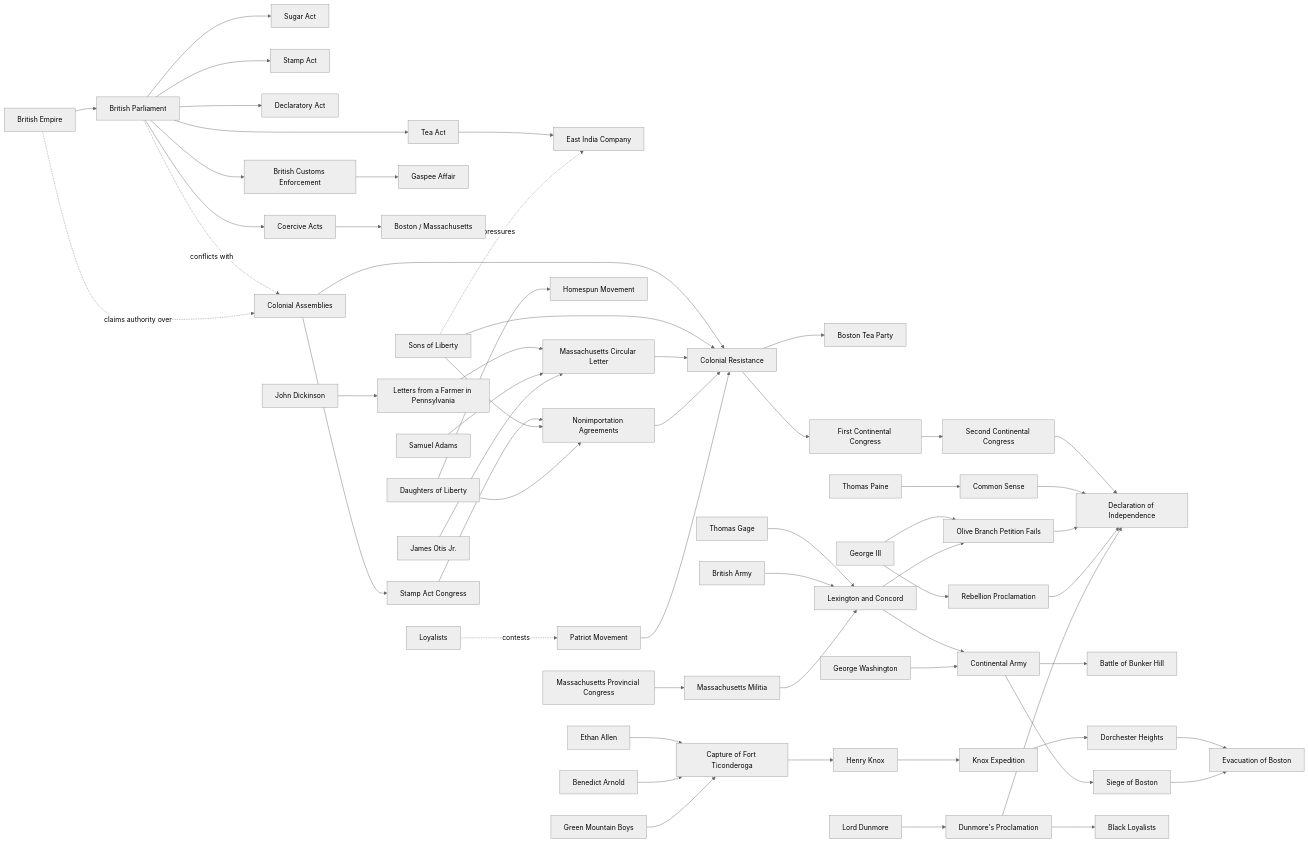
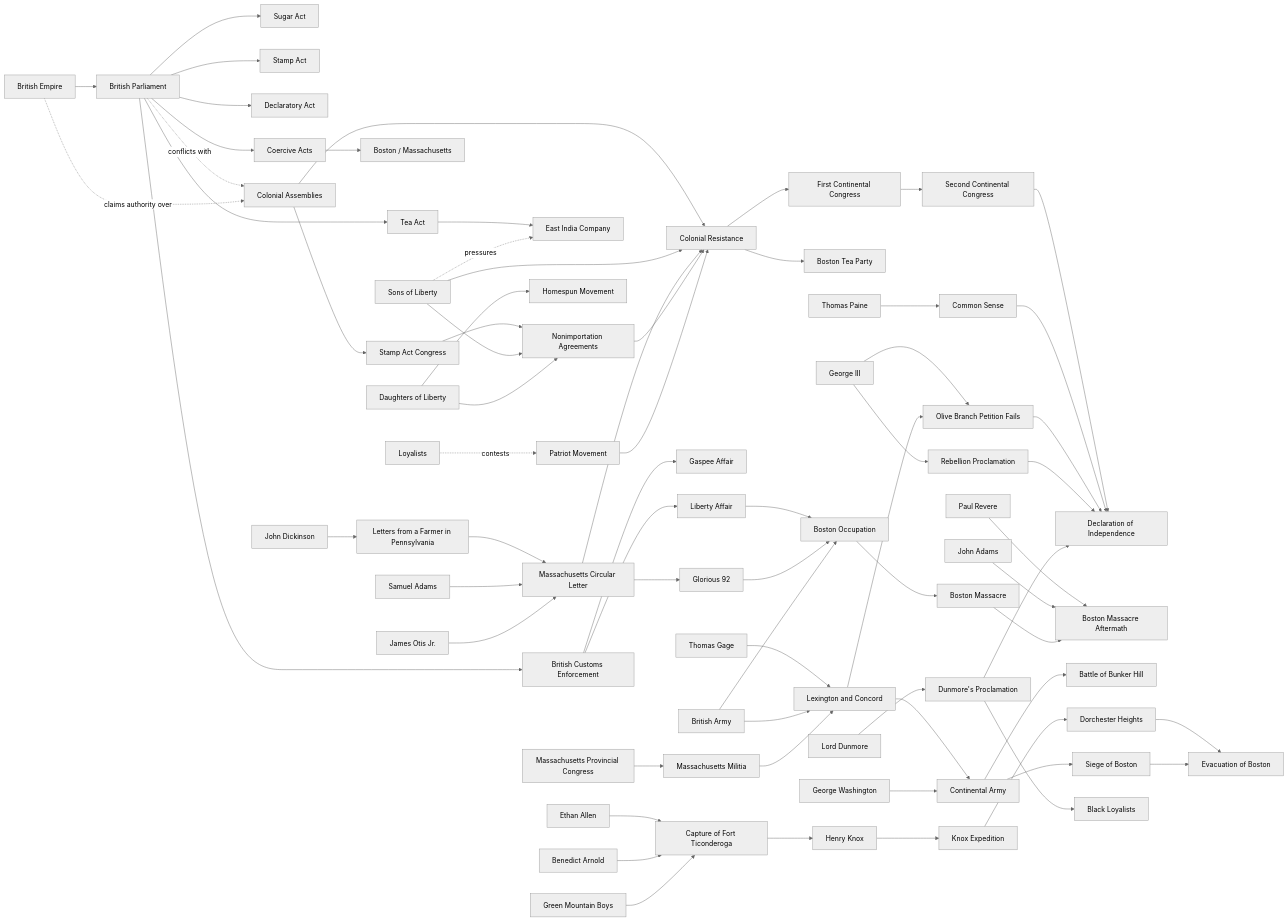
Before and after one commit to mattblethen/Causal-Atlas: the diagram in 09_Maps_Models/Actor_Maps/American Revolution Actor Map.md, drawn with Mermaid (neutral theme). The commit also changed other lines of this file and 50 other files, not shown here.

Commit message:
Add Boston occupation escalation layer

````diff
--- a/09_Maps_Models/Actor_Maps/American Revolution Actor Map.md
+++ b/09_Maps_Models/Actor_Maps/American Revolution Actor Map.md
@@ -20,63 +23,72 @@
 ```mermaid
 flowchart LR
     BE["British Empire"] --> BP["British Parliament"]
     BP --> SUG["Sugar Act"]
     BP --> SA["Stamp Act"]
     BP --> DA["Declaratory Act"]
     BP --> TA["Tea Act"]
     BP --> COA["Coercive Acts"]
     BP --> BCE["British Customs Enforcement"]
+    BCE --> LIB["Liberty Affair"]
+    LIB --> OCC["Boston Occupation"]
     BCE --> GAS["Gaspee Affair"]
     TA --> EIC["East India Company"]
     COA --> BOS["Boston / Massachusetts"]
 
     CAS["Colonial Assemblies"] --> CR["Colonial Resistance"]
     CAS --> SAC["Stamp Act Congress"]
     SAC --> NIA["Nonimportation Agreements"]
     SOL["Sons of Liberty"] --> CR
     SOL --> NIA
     DOL["Daughters of Liberty"] --> HOME["Homespun Movement"]
     DOL --> NIA
     JD["John Dickinson"] --> FARM["Letters from a Farmer in Pennsylvania"]
     FARM --> MCL["Massachusetts Circular Letter"]
     SA2["Samuel Adams"] --> MCL
     JO["James Otis Jr."] --> MCL
+    MCL --> G92["Glorious 92"]
+    G92 --> OCC
     MCL --> CR
     NIA --> CR
     PM["Patriot Movement"] --> CR
     CR --> BTP["Boston Tea Party"]
     CR --> FCC["First Continental Congress"]
     FCC --> SCC["Second Continental Congress"]
     SCC --> DOI["Declaration of Independence"]
     TP["Thomas Paine"] --> CS["Common Sense"]
     CS --> DOI
     G3["George III"] --> OBP["Olive Branch Petition Fails"]
     G3 --> REB["Rebellion Proclamation"]
     OBP --> DOI
     REB --> DOI
     TG["Thomas Gage"] --> LC["Lexington and Concord"]
     BA["British Army"] --> LC
+    BA --> OCC
+    OCC --> BM["Boston Massacre"]
+    PR["Paul Revere"] --> BMA["Boston Massacre Aftermath"]
+    JA["John Adams"] --> BMA
+    BM --> BMA
     MM["Massachusetts Militia"] --> LC
     MPC["Massachusetts Provincial Congress"] --> MM
     LC --> CTA["Continental Army"]
     GW["George Washington"] --> CTA
     CTA --> BH["Battle of Bunker Hill"]
     EA["Ethan Allen"] --> TIC["Capture of Fort Ticonderoga"]
     BA2["Benedict Arnold"] --> TIC
     GMB["Green Mountain Boys"] --> TIC
     TIC --> HK["Henry Knox"]
     HK --> KNOX["Knox Expedition"]
     KNOX --> DH["Dorchester Heights"]
     CTA --> SB["Siege of Boston"]
     DH --> EB
     SB --> EB["Evacuation of Boston"]
     LC --> OBP
     LOY["Loyalists"] -. contests .-> PM
     LD["Lord Dunmore"] --> DUN["Dunmore's Proclamation"]
     DUN --> BL["Black Loyalists"]
     DUN --> DOI
 
     BP -. conflicts with .-> CAS
     BE -. claims authority over .-> CAS
     SOL -. pressures .-> EIC
 ```
````
